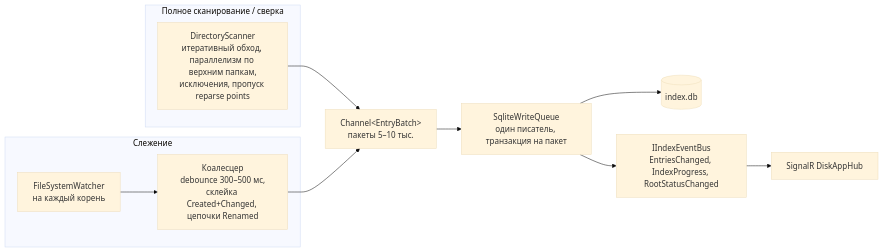
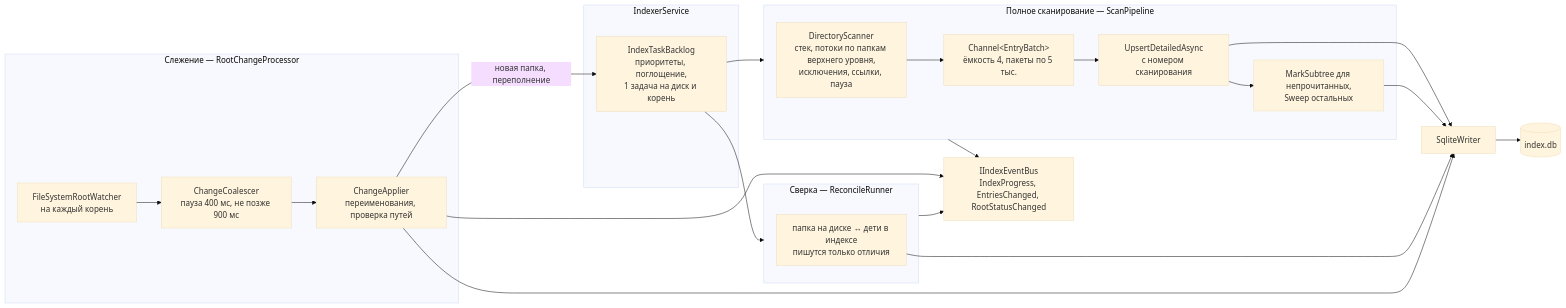
The sixth of 7 diagrams in docs/ARCHITECTURE.md (IichiKohuro/DiskApp), drawn with Mermaid (base theme) before and after one commit. The commit also changed other lines of this file and 3 other files, not shown here.

````diff
--- a/docs/ARCHITECTURE.md
+++ b/docs/ARCHITECTURE.md
@@ -289,15 +289,28 @@
 ```mermaid
 flowchart LR
-    subgraph Scan["Полное сканирование / сверка"]
-        Enum["DirectoryScanner<br/>итеративный обход, параллелизм по верхним папкам,<br/>исключения, пропуск reparse points"]
+    subgraph Orchestrator["IndexerService"]
+        Backlog["IndexTaskBacklog<br/>приоритеты, поглощение,<br/>1 задача на диск и корень"]
     end
-    subgraph Watch["Слежение"]
-        FSW["FileSystemWatcher<br/>на каждый корень"] --> Coal["Коалесцер<br/>debounce 300–500 мс,<br/>склейка Created+Changed, цепочки Renamed"]
+    subgraph Full["Полное сканирование — ScanPipeline"]
+        Scanner["DirectoryScanner<br/>стек, потоки по папкам верхнего уровня,<br/>исключения, ссылки, пауза"] --> Ch["Channel&lt;EntryBatch&gt;<br/>ёмкость 4, пакеты по 5 тыс."]
+        Ch --> Upsert["UpsertDetailedAsync<br/>с номером сканирования"]
+        Upsert --> Sweep["MarkSubtree для непрочитанных,<br/>Sweep остальных"]
     end
-    Enum --> Ch["Channel&lt;EntryBatch&gt;<br/>пакеты 5–10 тыс."]
-    Coal --> Ch
-    Ch --> W["SqliteWriteQueue<br/>один писатель, транзакция на пакет"]
+    subgraph Reconcile["Сверка — ReconcileRunner"]
+        Diff["папка на диске ↔ дети в индексе<br/>пишутся только отличия"]
+    end
+    subgraph Watch["Слежение — RootChangeProcessor"]
+        FSW["FileSystemRootWatcher<br/>на каждый корень"] --> Coal["ChangeCoalescer<br/>пауза 400 мс, не позже 900 мс"] --> Apply["ChangeApplier<br/>переименования, проверка путей"]
+    end
+    Backlog --> Full
+    Backlog --> Reconcile
+    Apply -- "новая папка, переполнение" --> Backlog
+    Upsert --> W["SqliteWriter"]
+    Sweep --> W
+    Diff --> W
+    Apply --> W
     W --> DB[("index.db")]
-    W --> Bus["IIndexEventBus<br/>EntriesChanged, IndexProgress, RootStatusChanged"]
-    Bus --> Hub["SignalR DiskAppHub"]
+    Full --> Bus["IIndexEventBus<br/>IndexProgress, EntriesChanged, RootStatusChanged"]
+    Reconcile --> Bus
+    Apply --> Bus
 ```
````
